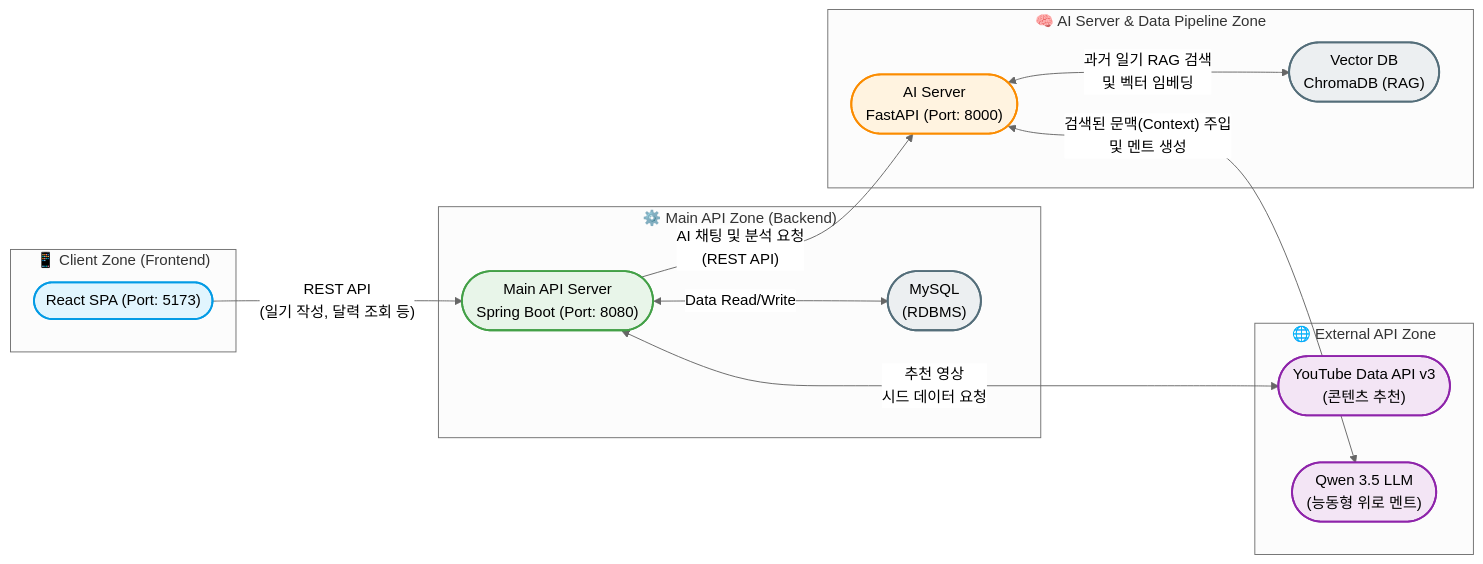
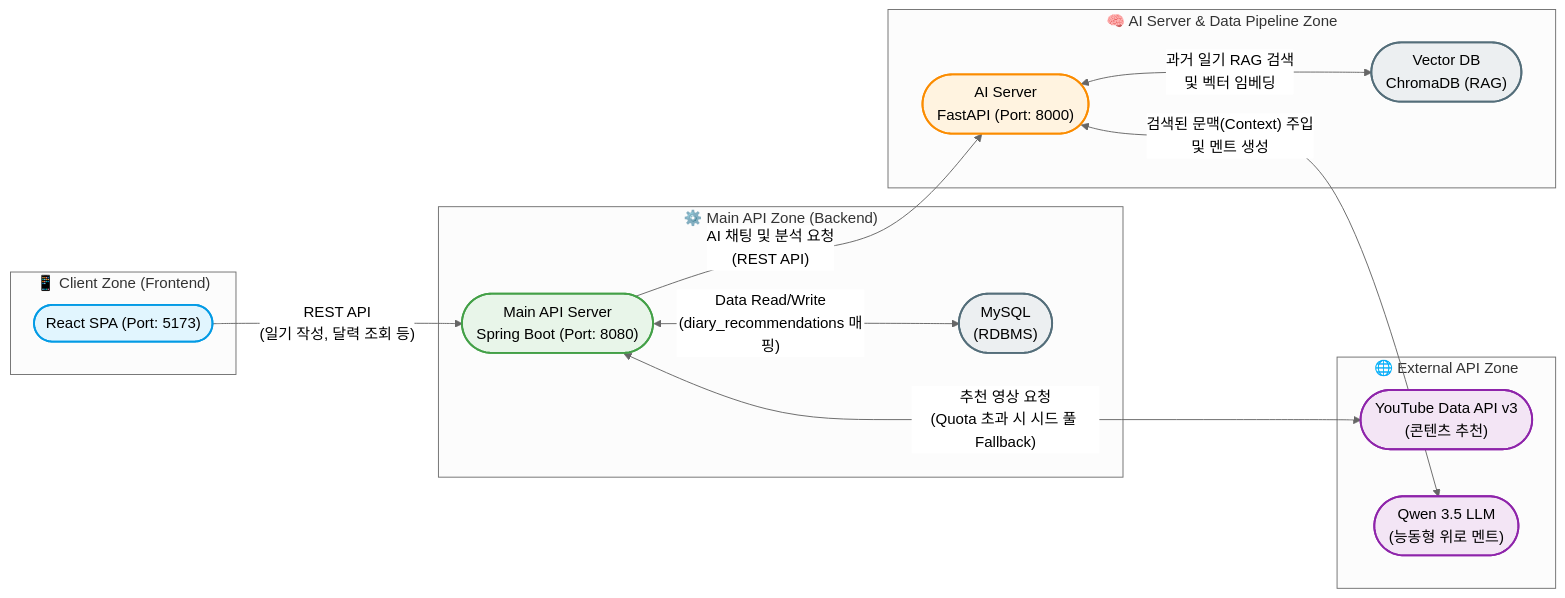
The diagram in README.md (Jodongyoung/freesia-capstone), drawn with Mermaid (neutral theme) before and after one commit. The commit also changed other lines of this file, not shown here.

````diff
--- a/README.md
+++ b/README.md
@@ -82,45 +82,42 @@
 ```mermaid
 flowchart LR
-    %% 영역 분리 (Subgraphs)
-    subgraph ClientZone ["📱 Client Zone (Frontend)"]
-        React(["React SPA (Port: 5173)"])
-    end
+    subgraph ClientZone ["📱 Client Zone (Frontend)"]
+        React(["React SPA (Port: 5173)"])
+    end
 
-    subgraph MainAPIZone ["⚙️ Main API Zone (Backend)"]
-        SpringBoot(["Main API Server<br>Spring Boot (Port: 8080)"])
-        MySQL(["MySQL<br>(RDBMS)"])
-    end
+    subgraph MainAPIZone ["⚙️ Main API Zone (Backend)"]
+        SpringBoot(["Main API Server<br>Spring Boot (Port: 8080)"])
+        MySQL(["MySQL<br>(RDBMS)"])
+    end
 
-    subgraph AIPipelineZone ["🧠 AI Server & Data Pipeline Zone"]
-        FastAPI(["AI Server<br>FastAPI (Port: 8000)"])
-        ChromaDB(["Vector DB<br>ChromaDB (RAG)"])
-    end
+    subgraph AIPipelineZone ["🧠 AI Server & Data Pipeline Zone"]
+        FastAPI(["AI Server<br>FastAPI (Port: 8000)"])
+        ChromaDB(["Vector DB<br>ChromaDB (RAG)"])
+    end
 
-    subgraph ExternalAPIZone ["🌐 External API Zone"]
-        YouTube(["YouTube Data API v3<br>(콘텐츠 추천)"])
-        LLM(["Qwen 3.5 LLM<br>(능동형 위로 멘트)"])
-    end
+    subgraph ExternalAPIZone ["🌐 External API Zone"]
+        YouTube(["YouTube Data API v3<br>(콘텐츠 추천)"])
+        LLM(["Qwen 3.5 LLM<br>(능동형 위로 멘트)"])
+    end
 
-    %% 데이터 흐름 및 통신 관계 (따옴표 추가로 파싱 에러 완벽 해결!)
-    React -->|"REST API<br>(일기 작성, 달력 조회 등)"| SpringBoot
-    SpringBoot <-->|"Data Read/Write"| MySQL
+    React -->|"REST API<br>(일기 작성, 달력 조회 등)"| SpringBoot
+    SpringBoot <-->|"Data Read/Write<br>(diary_recommendations 매핑)"| MySQL
 
-    SpringBoot -->|"AI 채팅 및 분석 요청<br>(REST API)"| FastAPI
-    SpringBoot <-->|"추천 영상<br>시드 데이터 요청"| YouTube
+    SpringBoot -->|"AI 채팅 및 분석 요청<br>(REST API)"| FastAPI
+    SpringBoot <-->|"추천 영상 요청<br>(Quota 초과 시 시드 풀 Fallback)"| YouTube
 
-    FastAPI <-->|"과거 일기 RAG 검색<br>및 벡터 임베딩"| ChromaDB
-    FastAPI <-->|"검색된 문맥(Context) 주입<br>및 멘트 생성"| LLM
+    FastAPI <-->|"과거 일기 RAG 검색<br>및 벡터 임베딩"| ChromaDB
+    FastAPI <-->|"검색된 문맥(Context) 주입<br>및 멘트 생성"| LLM
 
-    %% 스타일링 (선택 사항 - 다이어그램을 더 예쁘게 꾸며줍니다)
-    classDef client fill:#e1f5fe,stroke:#039be5,stroke-width:2px,color:#000
-    classDef backend fill:#e8f5e9,stroke:#43a047,stroke-width:2px,color:#000
-    classDef ai fill:#fff3e0,stroke:#fb8c00,stroke-width:2px,color:#000
-    classDef external fill:#f3e5f5,stroke:#8e24aa,stroke-width:2px,color:#000
-    classDef db fill:#eceff1,stroke:#546e7a,stroke-width:2px,color:#000
+    classDef client fill:#e1f5fe,stroke:#039be5,stroke-width:2px,color:#000
+    classDef backend fill:#e8f5e9,stroke:#43a047,stroke-width:2px,color:#000
+    classDef ai fill:#fff3e0,stroke:#fb8c00,stroke-width:2px,color:#000
+    classDef external fill:#f3e5f5,stroke:#8e24aa,stroke-width:2px,color:#000
+    classDef db fill:#eceff1,stroke:#546e7a,stroke-width:2px,color:#000
 
-    class React client
-    class SpringBoot backend
-    class FastAPI ai
-    class YouTube,LLM external
-    class MySQL,ChromaDB db
+    class React client
+    class SpringBoot backend
+    class FastAPI ai
+    class YouTube,LLM external
+    class MySQL,ChromaDB db
 ```
````
